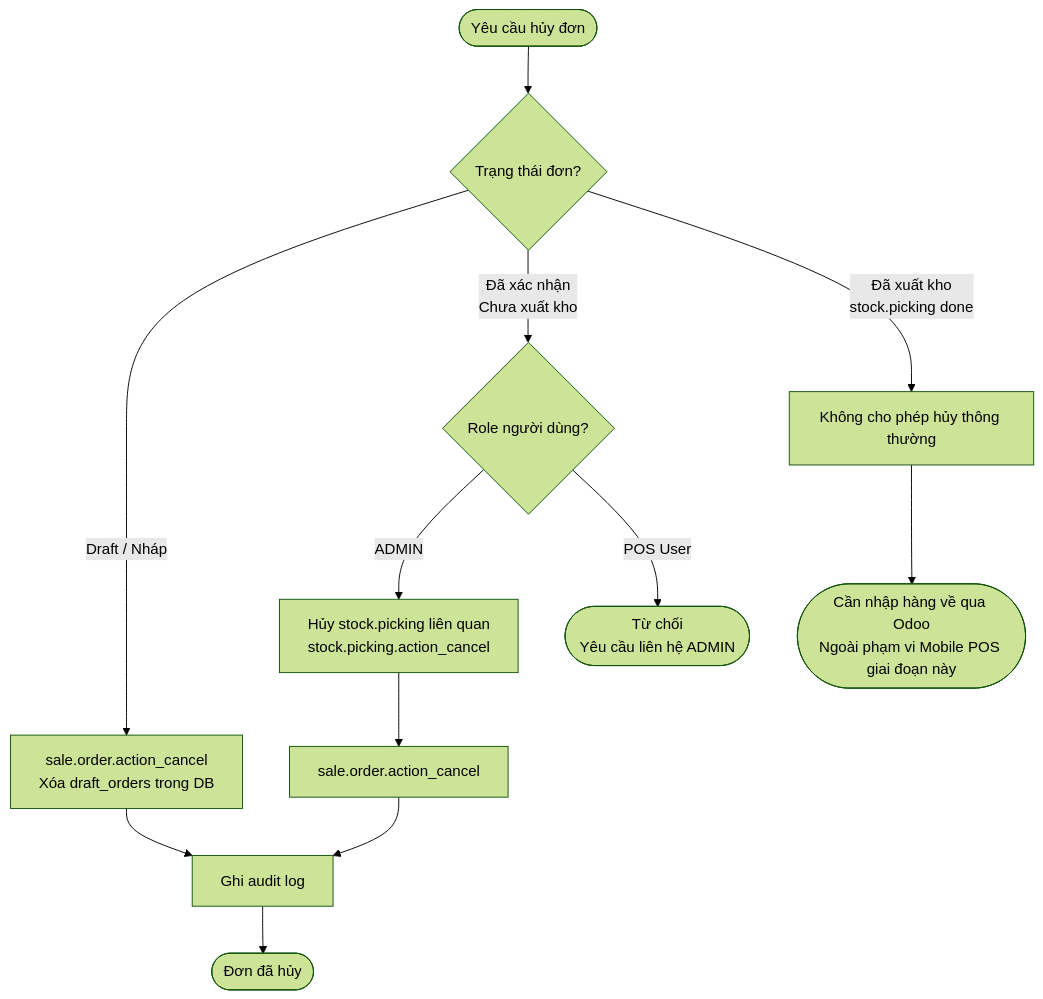
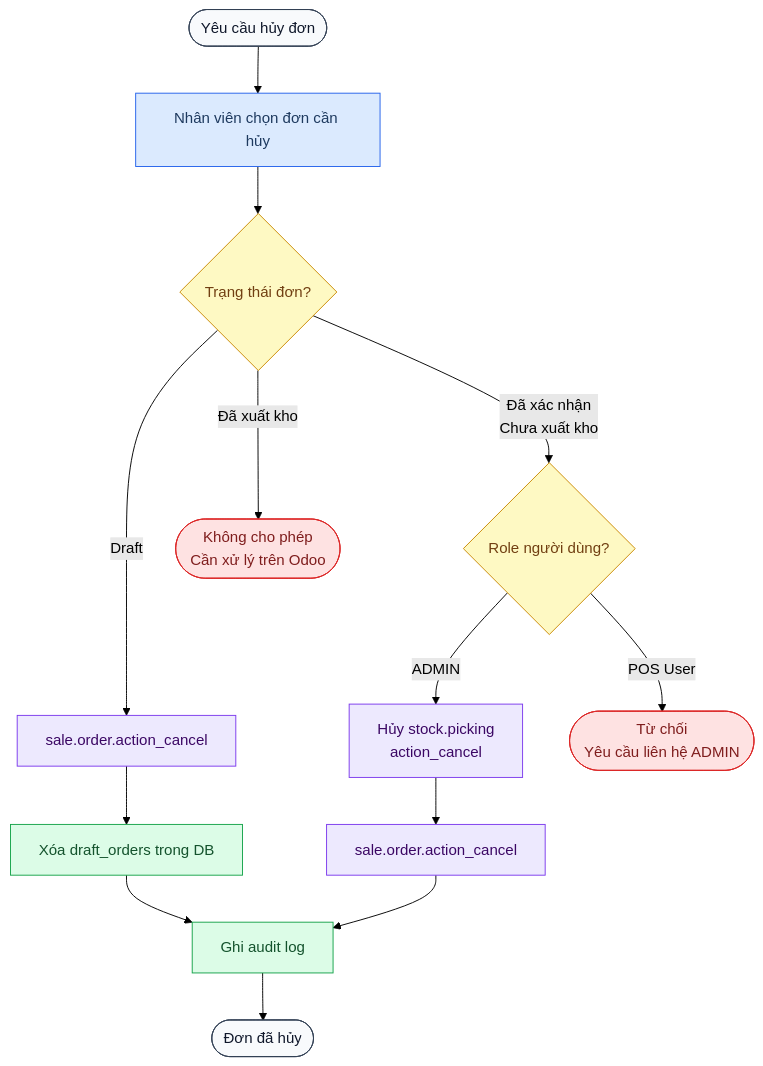
Before and after one commit to ngohuuduc/VJ_mobile_POS: the seventh of 10 diagrams in docs/process_flow.md, drawn with Mermaid (forest theme). The commit also changed other lines of this file and 2 other files, not shown here.

Commit message:
Update documentation: Enhance open questions and process flow with detailed answers and color coding for clarity

````diff
--- a/docs/process_flow.md
+++ b/docs/process_flow.md
@@ -163,17 +211,23 @@
 ```mermaid
 flowchart TD
-    A([Yêu cầu hủy đơn]) --> B{Trạng thái đơn?}
+    classDef user fill:#DBEAFE,stroke:#2563EB,color:#1e3a5f
+    classDef system fill:#F1F5F9,stroke:#64748B,color:#1e293b
+    classDef odoo fill:#EDE9FE,stroke:#7C3AED,color:#3b0764
+    classDef db fill:#DCFCE7,stroke:#16A34A,color:#14532d
+    classDef decision fill:#FEF9C3,stroke:#CA8A04,color:#713f12
+    classDef terminal fill:#F8FAFC,stroke:#334155,color:#0f172a
+    classDef warning fill:#FEE2E2,stroke:#DC2626,color:#7f1d1d
 
-    B -- Draft / Nháp --> C[sale.order.action_cancel\nXóa draft_orders trong DB]
-    C --> D[Ghi audit log]
-    D --> E([Đơn đã hủy])
-
-    B -- Đã xác nhận\nChưa xuất kho --> F{Role người dùng?}
-    F -- ADMIN --> G[Hủy stock.picking liên quan\nstock.picking.action_cancel]
-    G --> H[sale.order.action_cancel]
-    H --> D
-    F -- POS User --> I([Từ chối\nYêu cầu liên hệ ADMIN])
-
-    B -- Đã xuất kho\nstock.picking done --> J[Không cho phép hủy thông thường]
-    J --> K([Cần nhập hàng về qua Odoo\nNgoài phạm vi Mobile POS giai đoạn này])
+    A([Yêu cầu hủy đơn]):::terminal --> B[Nhân viên chọn đơn cần hủy]:::user
+    B --> C{Trạng thái đơn?}:::decision
+    C -- Draft --> D[sale.order.action_cancel]:::odoo
+    D --> E[Xóa draft_orders trong DB]:::db
+    E --> F[Ghi audit log]:::db
+    F --> G([Đơn đã hủy]):::terminal
+    C -- Đã xác nhận\nChưa xuất kho --> H{Role người dùng?}:::decision
+    H -- ADMIN --> I[Hủy stock.picking\naction_cancel]:::odoo
+    I --> J[sale.order.action_cancel]:::odoo
+    J --> F
+    H -- POS User --> K([Từ chối\nYêu cầu liên hệ ADMIN]):::warning
+    C -- Đã xuất kho --> L([Không cho phép\nCần xử lý trên Odoo]):::warning
 ```
````
